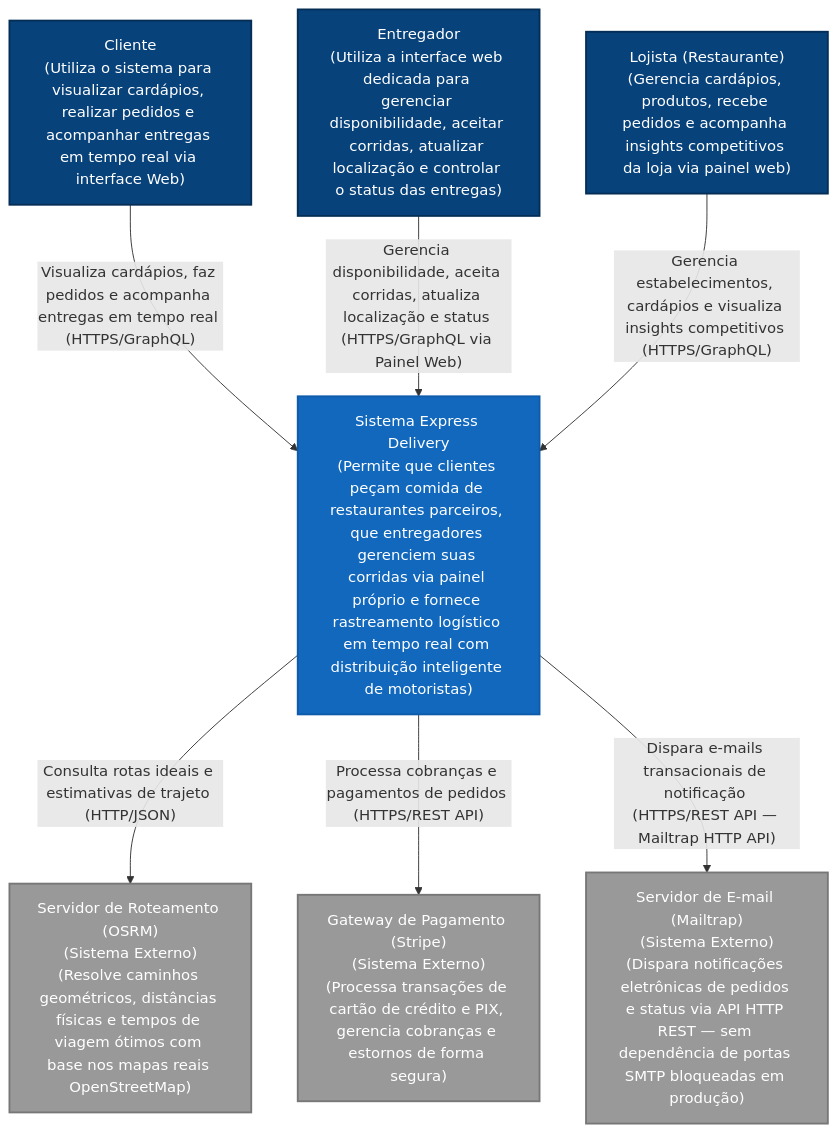
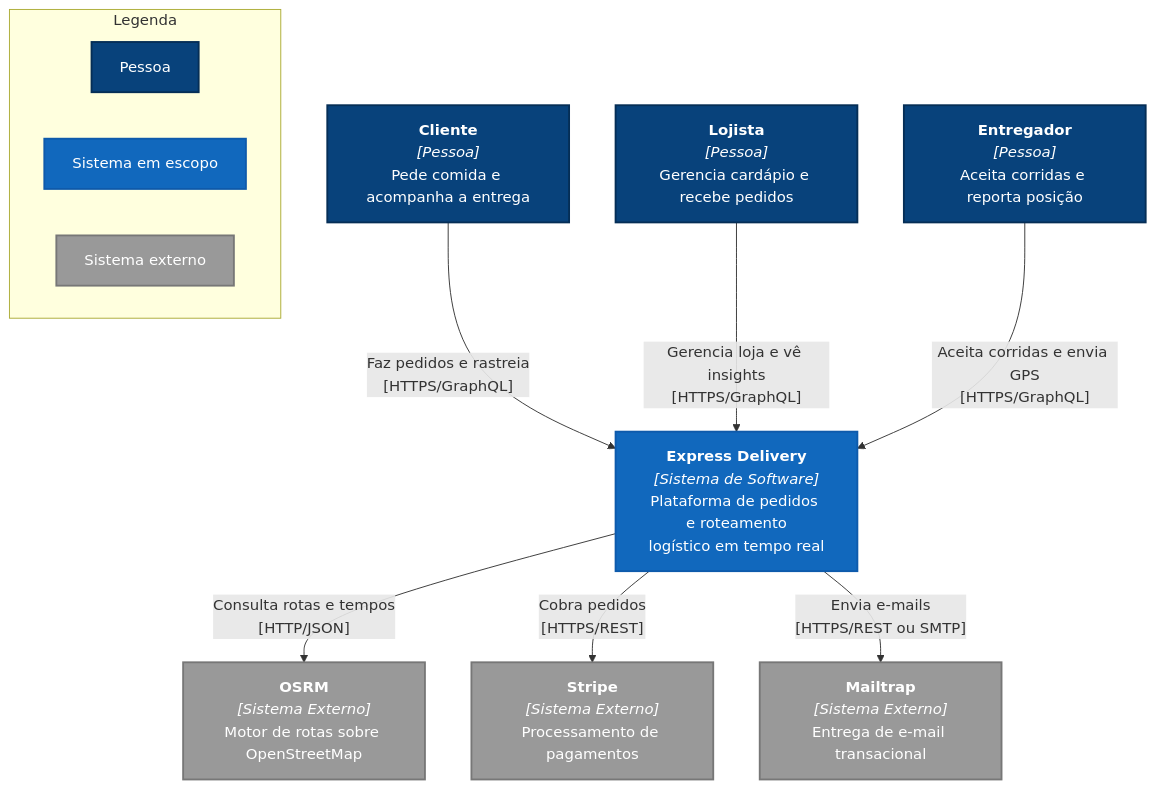
The diagram in docs/diagramas/c1/c4_l1_context.md (arthurair3s/arquitetura-de-software), drawn with Mermaid before and after one commit. The commit also changed other lines of this file and 14 other files, not shown here.

First line of the commit message:
reestrutura os diagramas C4 e adiciona a visão de arquitetura em uma tela

````diff
--- a/docs/diagramas/c1/c4_l1_context.md
+++ b/docs/diagramas/c1/c4_l1_context.md
@@ -5,26 +9,32 @@
 ```mermaid
-graph TD
-    %% Styling
+graph TB
     classDef person fill:#08427b,stroke:#052e56,stroke-width:2px,color:#fff;
     classDef system fill:#1168bd,stroke:#0e5aab,stroke-width:2px,color:#fff;
     classDef ext fill:#999999,stroke:#777777,stroke-width:2px,color:#fff;
+    classDef legenda fill:#fff,stroke:#bbb,stroke-width:1px,color:#333;
 
-    %% Elements
-    cliente["Cliente<br>(Utiliza o sistema para visualizar cardápios, realizar pedidos e acompanhar entregas em tempo real via interface Web)"]:::person
-    entregador["Entregador<br>(Utiliza a interface web dedicada para gerenciar disponibilidade, aceitar corridas, atualizar localização e controlar o status das entregas)"]:::person
-    lojista["Lojista (Restaurante)<br>(Gerencia cardápios, produtos, recebe pedidos e acompanha insights competitivos da loja via painel web)"]:::person
+    cliente["<b>Cliente</b><br><i>[Pessoa]</i><br>Pede comida e acompanha a entrega"]:::person
+    lojista["<b>Lojista</b><br><i>[Pessoa]</i><br>Gerencia cardápio e recebe pedidos"]:::person
+    entregador["<b>Entregador</b><br><i>[Pessoa]</i><br>Aceita corridas e reporta posição"]:::person
 
-    express_delivery["Sistema Express Delivery<br>(Permite que clientes peçam comida de restaurantes parceiros, que entregadores gerenciem suas corridas via painel próprio e fornece rastreamento logístico em tempo real com distribuição inteligente de motoristas)"]:::system
+    sistema["<b>Express Delivery</b><br><i>[Sistema de Software]</i><br>Plataforma de pedidos e roteamento<br>logístico em tempo real"]:::system
 
-    osrm_server["Servidor de Roteamento (OSRM)<br>(Sistema Externo)<br>(Resolve caminhos geométricos, distâncias físicas e tempos de viagem ótimos com base nos mapas reais OpenStreetMap)"]:::ext
-    stripe["Gateway de Pagamento (Stripe)<br>(Sistema Externo)<br>(Processa transações de cartão de crédito e PIX, gerencia cobranças e estornos de forma segura)"]:::ext
-    mailtrap["Servidor de E-mail (Mailtrap)<br>(Sistema Externo)<br>(Dispara notificações eletrônicas de pedidos e status via API HTTP REST — sem dependência de portas SMTP bloqueadas em produção)"]:::ext
+    osrm["<b>OSRM</b><br><i>[Sistema Externo]</i><br>Motor de rotas sobre OpenStreetMap"]:::ext
+    stripe["<b>Stripe</b><br><i>[Sistema Externo]</i><br>Processamento de pagamentos"]:::ext
+    mailtrap["<b>Mailtrap</b><br><i>[Sistema Externo]</i><br>Entrega de e-mail transacional"]:::ext
 
-    %% Relationships
-    cliente -->|"Visualiza cardápios, faz pedidos e acompanha entregas em tempo real (HTTPS/GraphQL)"| express_delivery
-    entregador -->|"Gerencia disponibilidade, aceita corridas, atualiza localização e status (HTTPS/GraphQL via Painel Web)"| express_delivery
-    lojista -->|"Gerencia estabelecimentos, cardápios e visualiza insights competitivos (HTTPS/GraphQL)"| express_delivery
-    express_delivery -->|"Consulta rotas ideais e estimativas de trajeto (HTTP/JSON)"| osrm_server
-    express_delivery -->|"Processa cobranças e pagamentos de pedidos (HTTPS/REST API)"| stripe
-    express_delivery -->|"Dispara e-mails transacionais de notificação (HTTPS/REST API — Mailtrap HTTP API)"| mailtrap
+    cliente -->|"Faz pedidos e rastreia<br>[HTTPS/GraphQL]"| sistema
+    lojista -->|"Gerencia loja e vê insights<br>[HTTPS/GraphQL]"| sistema
+    entregador -->|"Aceita corridas e envia GPS<br>[HTTPS/GraphQL]"| sistema
+
+    sistema -->|"Consulta rotas e tempos<br>[HTTP/JSON]"| osrm
+    sistema -->|"Cobra pedidos<br>[HTTPS/REST]"| stripe
+    sistema -->|"Envia e-mails<br>[HTTPS/REST ou SMTP]"| mailtrap
+
+    subgraph legenda ["Legenda"]
+        direction LR
+        l1["Pessoa"]:::person
+        l2["Sistema em escopo"]:::system
+        l3["Sistema externo"]:::ext
+    end
 ```
````
